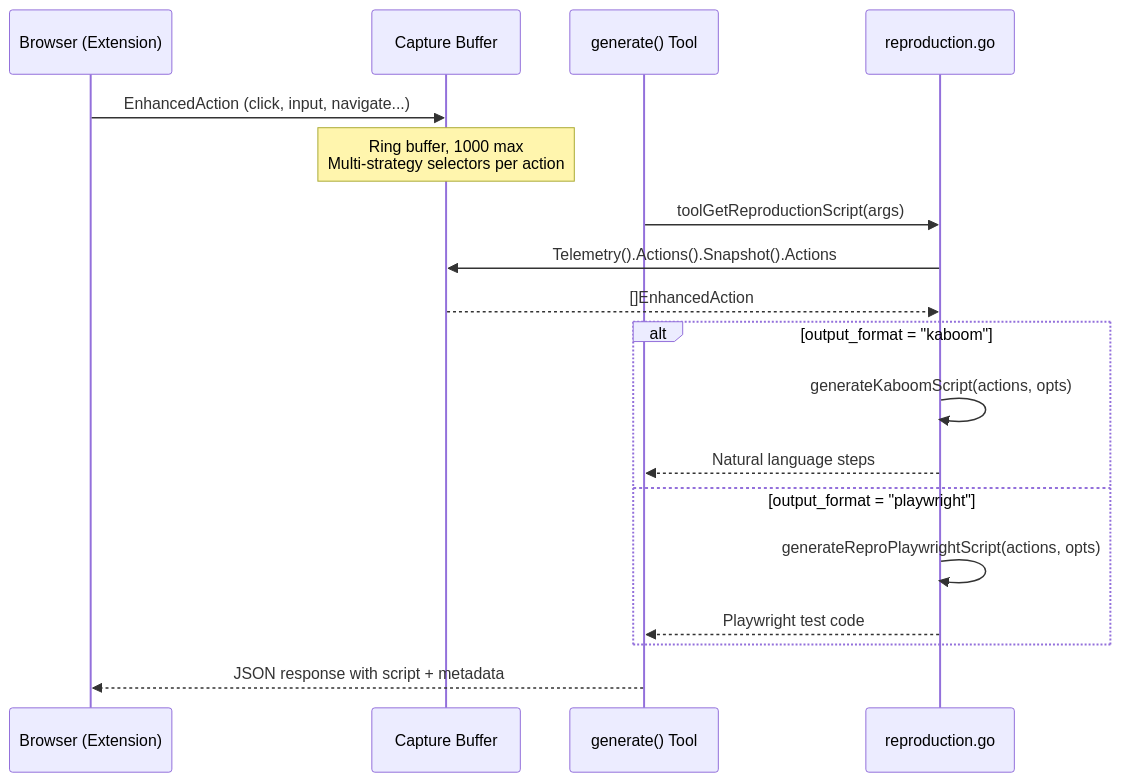
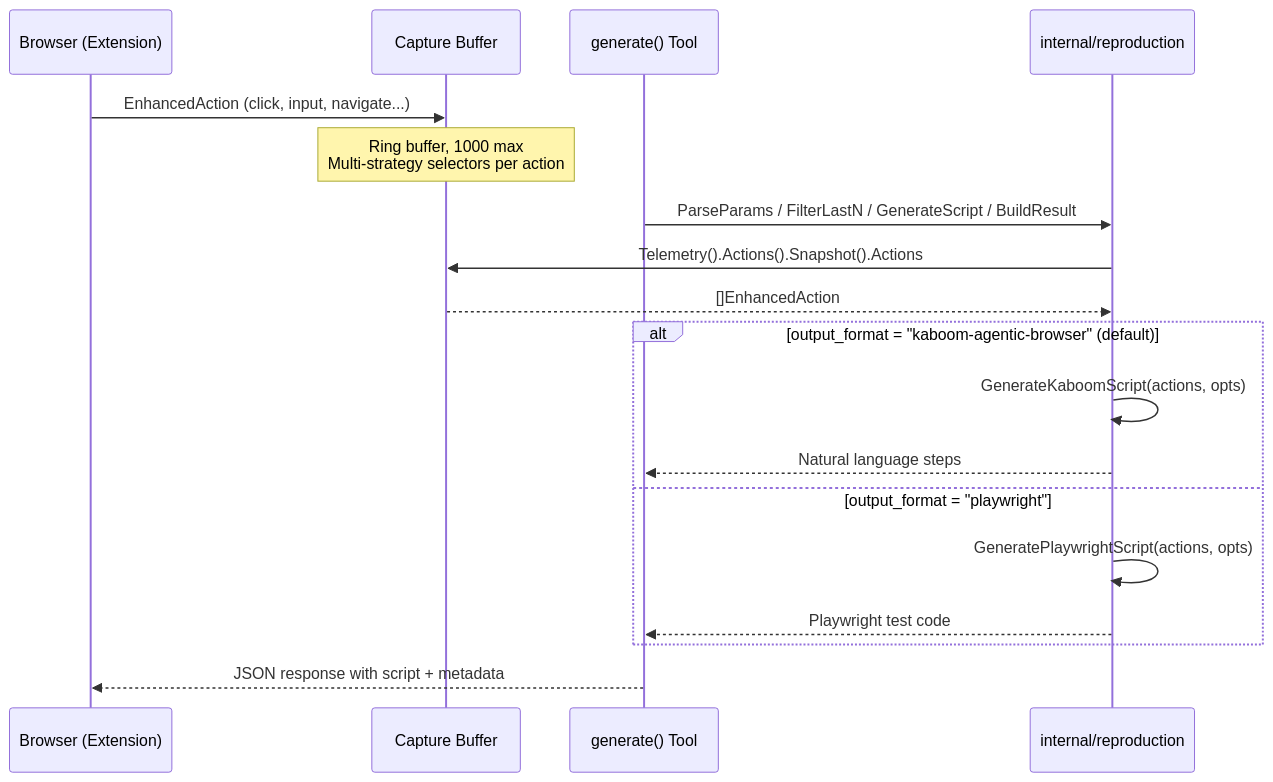
One commit to brennhill/Kaboom-Browser-AI-Devtools-MCP changed the diagram in docs/features/feature/reproduction-scripts/tech-spec.md. Above: the diagram before and after it, drawn with Mermaid. The commit also changed other lines of this file and 69 other files, not shown here.

````diff
--- a/docs/features/feature/reproduction-scripts/tech-spec.md
+++ b/docs/features/feature/reproduction-scripts/tech-spec.md
@@ -26,24 +26,24 @@
 ```mermaid
 sequenceDiagram
     participant Browser as Browser (Extension)
     participant Capture as Capture Buffer
     participant Generate as generate() Tool
-    participant Script as reproduction.go
+    participant Script as internal/reproduction
 
     Browser->>Capture: EnhancedAction (click, input, navigate...)
     Note over Capture: Ring buffer, 1000 max<br/>Multi-strategy selectors per action
 
-    Generate->>Script: toolGetReproductionScript(args)
+    Generate->>Script: ParseParams / FilterLastN / GenerateScript / BuildResult
     Script->>Capture: Telemetry().Actions().Snapshot().Actions
     Capture-->>Script: []EnhancedAction
 
-    alt output_format = "kaboom"
-        Script->>Script: generateKaboomScript(actions, opts)
+    alt output_format = "kaboom-agentic-browser" (default)
+        Script->>Script: GenerateKaboomScript(actions, opts)
         Script-->>Generate: Natural language steps
     else output_format = "playwright"
-        Script->>Script: generateReproPlaywrightScript(actions, opts)
+        Script->>Script: GeneratePlaywrightScript(actions, opts)
         Script-->>Generate: Playwright test code
     end
 
     Generate-->>Browser: JSON response with script + metadata
 ```
````
